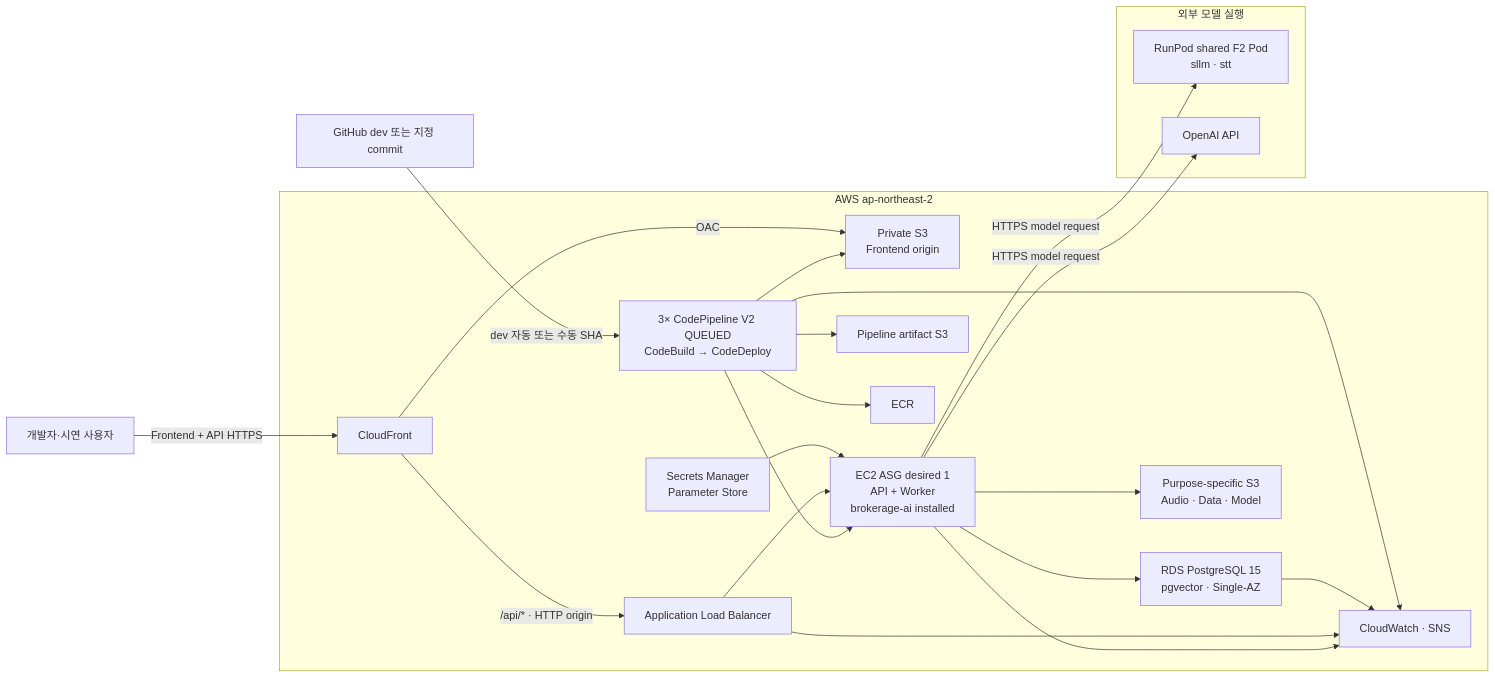
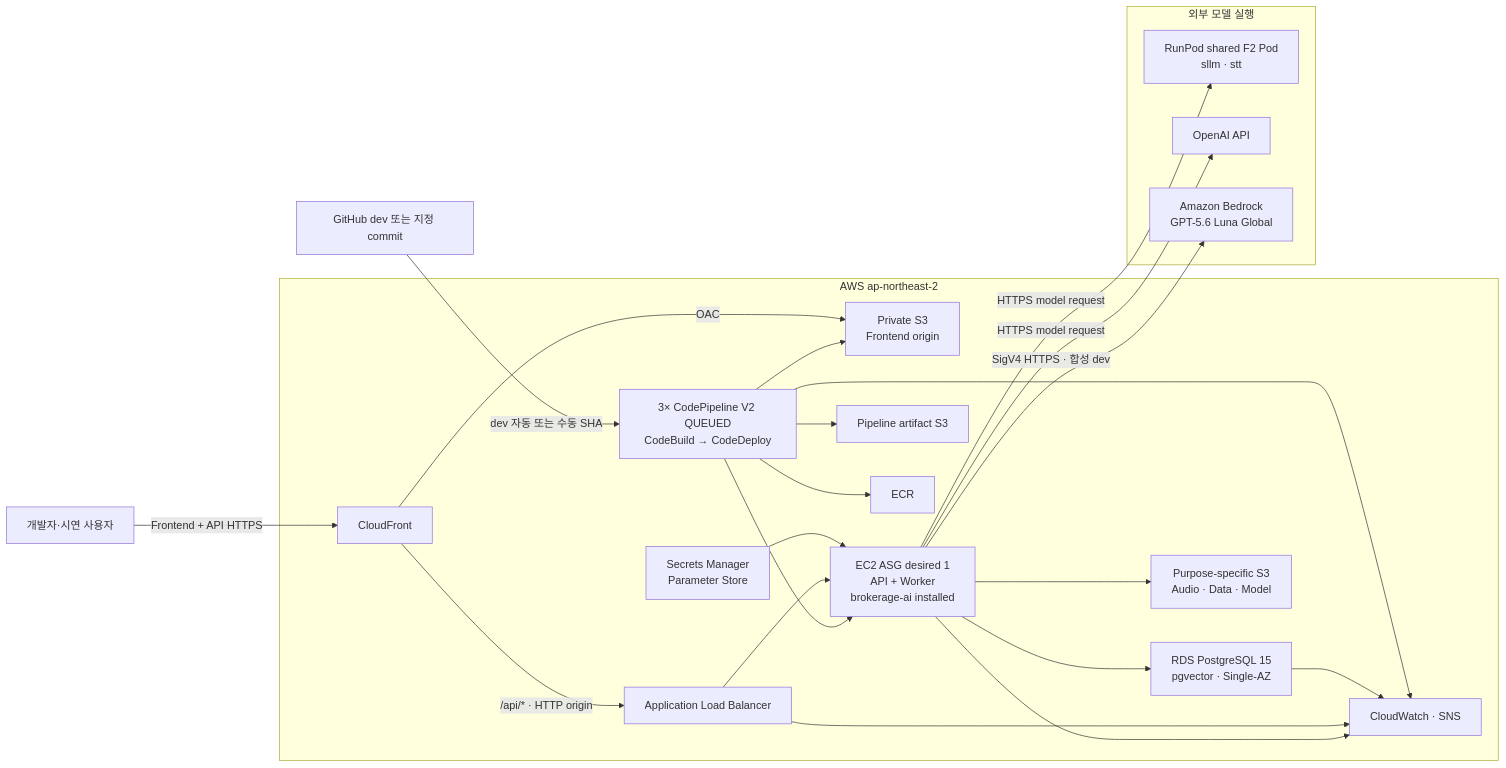
Before and after one commit to SKNETWORKS-FAMILY-AICAMP/SKN30-FINAL-3Team: the first of 3 diagrams in docs/architecture/infra/overview.md, drawn with Mermaid. The commit also changed other lines of this file and 82 other files, not shown here.

````diff
--- a/docs/architecture/infra/overview.md
+++ b/docs/architecture/infra/overview.md
@@ -66,43 +73,45 @@
 ```mermaid
 flowchart LR
     user["개발자·시연 사용자"]
     github["GitHub dev 또는 지정 commit"]
 
     subgraph aws["AWS ap-northeast-2"]
         cf["CloudFront"]
         webS3["Private S3\nFrontend origin"]
         alb["Application Load Balancer"]
         ec2["EC2 ASG desired 1\nAPI + Worker\nbrokerage-ai installed"]
         rds["RDS PostgreSQL 15\npgvector · Single-AZ"]
         dataS3["Purpose-specific S3\nAudio · Data · Model"]
         obs["CloudWatch · SNS"]
         secret["Secrets Manager\nParameter Store"]
         pipeline["3× CodePipeline V2 QUEUED\nCodeBuild → CodeDeploy"]
         artifact["Pipeline artifact S3"]
         ecr["ECR"]
     end
 
     subgraph external["외부 모델 실행"]
         runpod["RunPod shared F2 Pod\nsllm · stt"]
         openai["OpenAI API"]
+        bedrock["Amazon Bedrock\nGPT-5.6 Luna Global"]
     end
 
     github -->|"dev 자동 또는 수동 SHA"| pipeline
     pipeline --> artifact
     pipeline --> ecr
     pipeline --> webS3
     pipeline --> ec2
     user -->|"Frontend + API HTTPS"| cf
     cf -->|"OAC"| webS3
     cf -->|"/api/* · HTTP origin"| alb
     alb --> ec2
     ec2 --> rds
     ec2 --> dataS3
     ec2 -->|"HTTPS model request"| runpod
     ec2 -->|"HTTPS model request"| openai
+    ec2 -->|"SigV4 HTTPS · 합성 dev"| bedrock
     secret --> ec2
     ec2 --> obs
     alb --> obs
     rds --> obs
     pipeline --> obs
 ```
````
